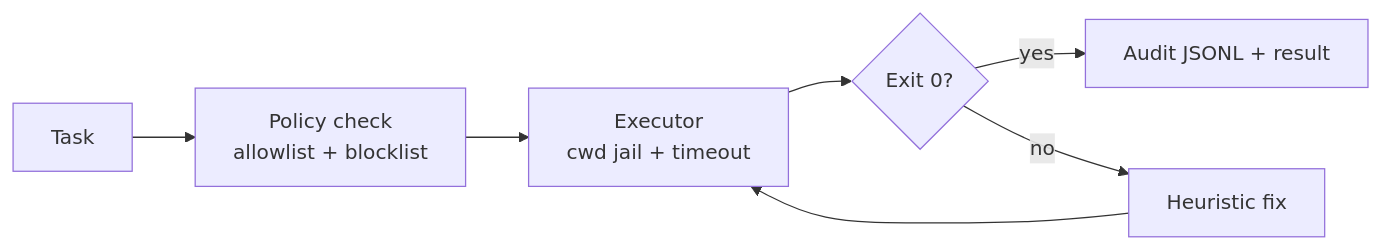
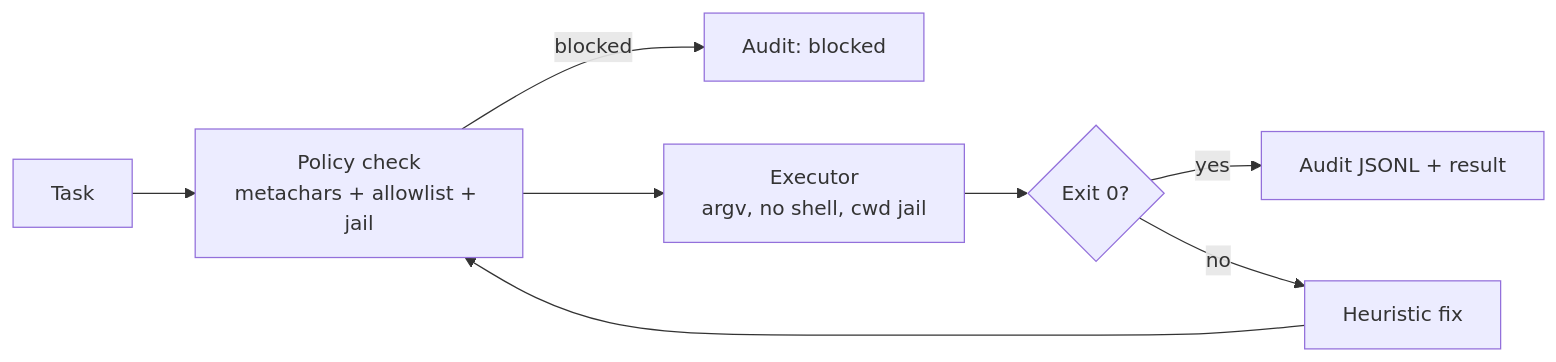
The diagram in README.md (lionelsimai/terminal-agent), drawn with Mermaid before and after one commit. The commit also changed other lines of this file and 10 other files, not shown here.

Commit message:
v0.1.1 — world-class remediation: argv-only exec, metacharacter rejection, wired jail, audited blocks, honest benchmark

````diff
--- a/README.md
+++ b/README.md
@@ -19,9 +38,10 @@
 ```mermaid
 flowchart LR
-  A[Task] --> B[Policy check<br/>allowlist + blocklist]
-  B --> C[Executor<br/>cwd jail + timeout]
+  A[Task] --> B[Policy check<br/>metachars + allowlist + jail]
+  B -->|blocked| X[Audit: blocked]
+  B --> C[Executor<br/>argv, no shell, cwd jail]
   C --> D{Exit 0?}
   D -->|yes| E[Audit JSONL + result]
   D -->|no| F[Heuristic fix]
-  F --> C
+  F --> B
 ```
````
